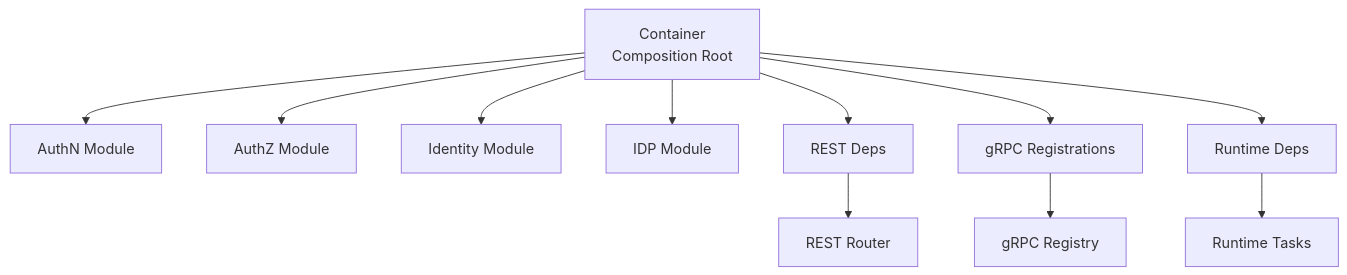
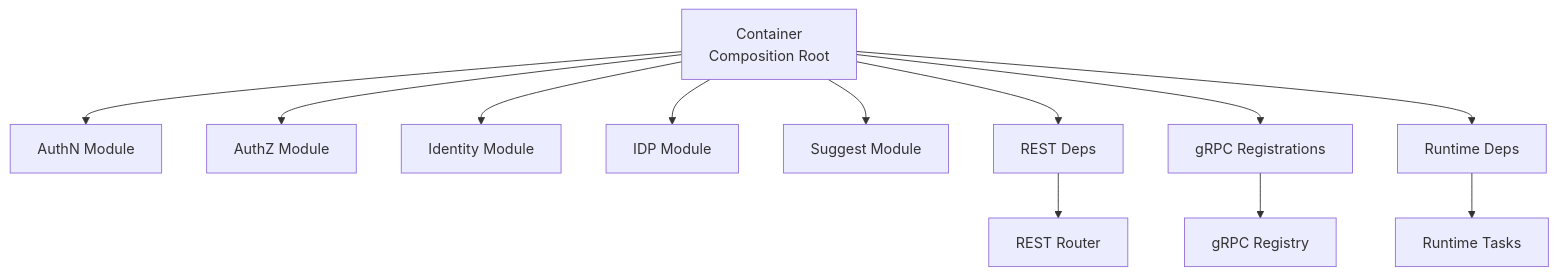
Before and after one commit to FangcunMount/iam: the seventh of 35 diagrams in docs/07-宣讲/12-架构图素材索引.md, drawn with Mermaid. The commit also changed other lines of this file and 16 other files, not shown here.

````diff
--- a/docs/07-宣讲/12-架构图素材索引.md
+++ b/docs/07-宣讲/12-架构图素材索引.md
@@ -465,25 +481,27 @@
 ```mermaid
 flowchart TD
     Container["Container<br/>Composition Root"]
     AuthN["AuthN Module"]
     AuthZ["AuthZ Module"]
     Identity["Identity Module"]
     IDP["IDP Module"]
+    Suggest["Suggest Module"]
 
     RestDeps["REST Deps"]
     GrpcRegs["gRPC Registrations"]
     RuntimeDeps["Runtime Deps"]
 
     Container --> AuthN
     Container --> AuthZ
     Container --> Identity
     Container --> IDP
+    Container --> Suggest
 
     Container --> RestDeps
     Container --> GrpcRegs
     Container --> RuntimeDeps
 
     RestDeps --> REST["REST Router"]
     GrpcRegs --> GRPC["gRPC Registry"]
     RuntimeDeps --> Tasks["Runtime Tasks"]
 ```
````
